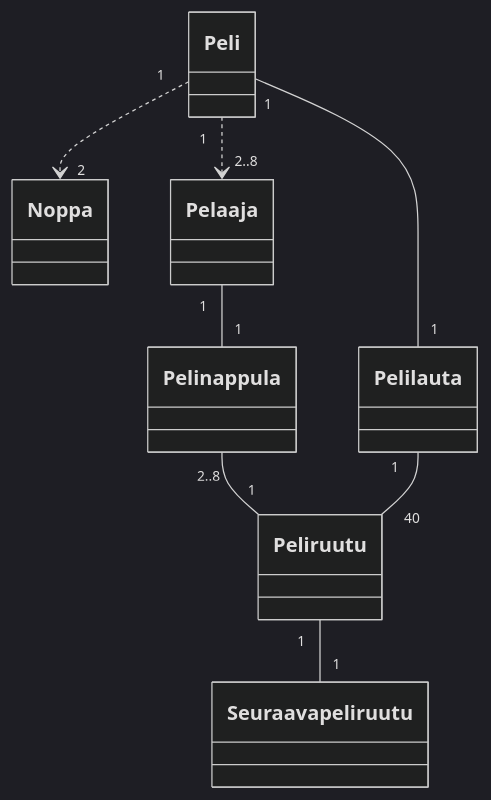
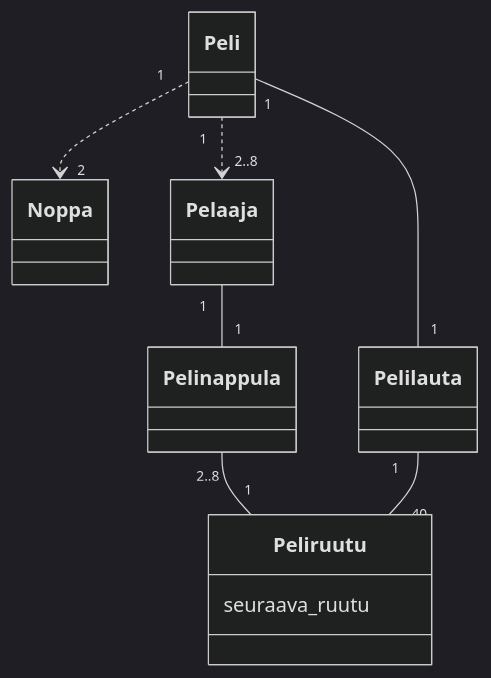
Before and after one commit to sampsaol/ot-harjoitustyo: the diagram in laskarit/viikko3/monopoli.md, drawn with Mermaid (dark theme).

````diff
--- a/laskarit/viikko3/monopoli.md
+++ b/laskarit/viikko3/monopoli.md
@@ -1,10 +1,12 @@
 ```mermaid
 classDiagram
   Peli "1" ..> "2" Noppa
   Peli "1" ..> "2..8" Pelaaja
   Peli "1" -- "1" Pelilauta
   Pelaaja "1" -- "1" Pelinappula
   Pelinappula "2..8" -- "1" Peliruutu
   Pelilauta "1" -- "40" Peliruutu
-  Peliruutu "1" -- "1" Seuraava peliruutu
+  class Peliruutu{
+    seuraava_ruutu
+  }
  ```
````
